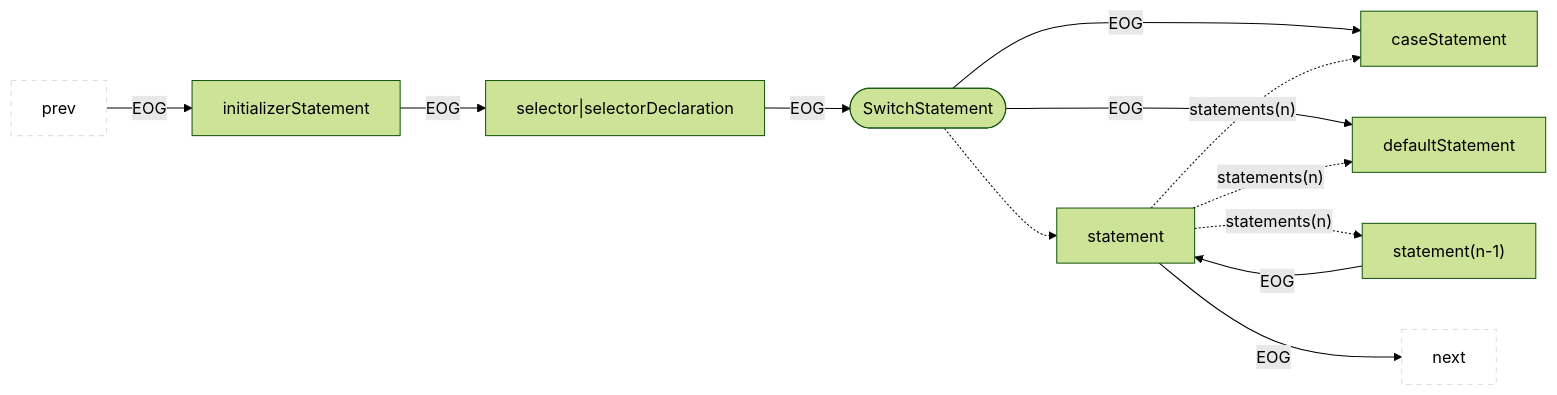
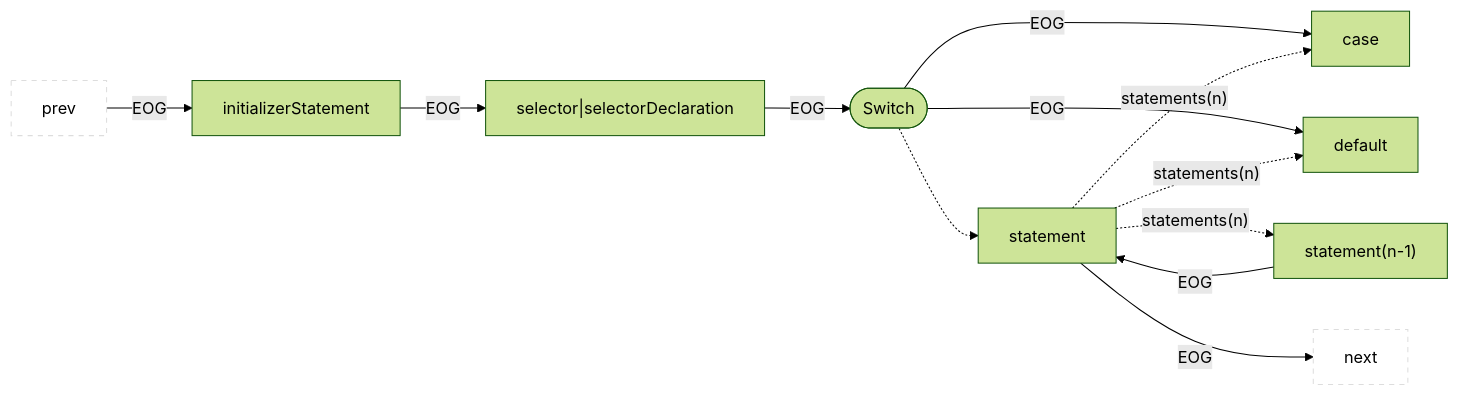
One commit to Fraunhofer-AISEC/cpg changed diagram 40 of 49 in docs/docs/CPG/specs/eog.md. Above: the diagram before and after it, drawn with Mermaid (forest theme). The commit also changed other lines of this file and 99 other files, not shown here.

````diff
--- a/docs/docs/CPG/specs/eog.md
+++ b/docs/docs/CPG/specs/eog.md
@@ -811,15 +811,15 @@
 ```mermaid
 flowchart LR
   classDef outer fill:#fff,stroke:#ddd,stroke-dasharray:5 5;
   prev:::outer --EOG--> child1["initializerStatement"]
   child1 --EOG--> child2["selector|selectorDeclaration"]
   child2 --EOG--> parent
-  parent(["SwitchStatement"]) --EOG--> child4["caseStatement"]
-  parent --EOG--> child5["defaultStatement"]
+  parent(["Switch"]) --EOG--> child4["case"]
+  parent --EOG--> child5["default"]
   child7["statement(n-1)"] --EOG--> child6["statement"]
   parent -.->child6
   child6 -."statements(n)".-> child4
   child6 -."statements(n)".-> child5
   child6 -."statements(n)".-> child7
   child6 --EOG--> next:::outer
 ```
````
